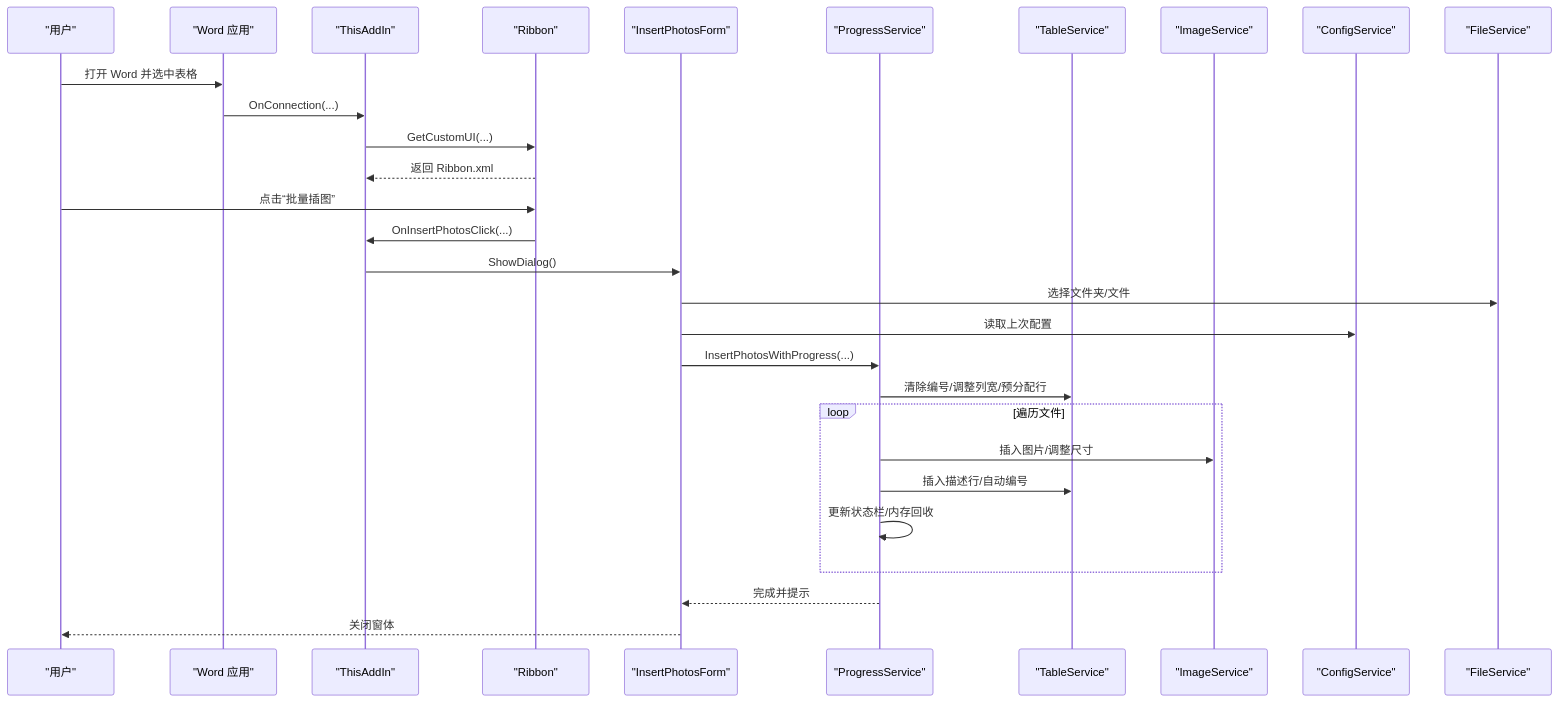
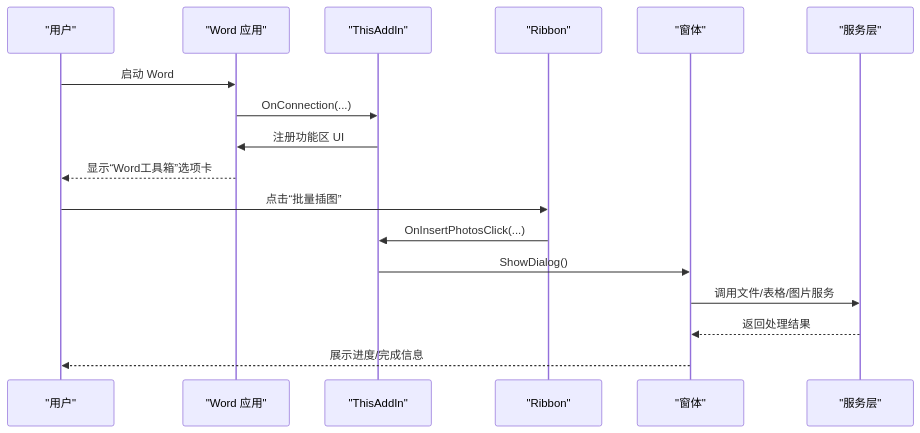
Before and after one commit to rainiva/WordTools: the second of 5 diagrams in .qoder/repowiki/zh/content/项目概述.md, drawn with Mermaid. The commit also changed other lines of this file and 63 other files, not shown here.

First line of the commit message:
全面优化：代码质量修复、自动编号重构、插图性能优化

````diff
--- a/.qoder/repowiki/zh/content/项目概述.md
+++ b/.qoder/repowiki/zh/content/项目概述.md
@@ -128,31 +132,19 @@
 ```mermaid
 sequenceDiagram
-participant U as "用户"
-participant W as "Word 应用"
-participant A as "ThisAddIn"
-participant R as "Ribbon"
-participant F as "InsertPhotosForm"
-participant P as "ProgressService"
-participant T as "TableService"
-participant I as "ImageService"
-participant C as "ConfigService"
-participant FS as "FileService"
-U->>W : 打开 Word 并选中表格
-W->>A : OnConnection(...)
-A->>R : GetCustomUI(...)
-R-->>A : 返回 Ribbon.xml
-U->>R : 点击“批量插图”
-R->>A : OnInsertPhotosClick(...)
-A->>F : ShowDialog()
-F->>FS : 选择文件夹/文件
-F->>C : 读取上次配置
-F->>P : InsertPhotosWithProgress(...)
-P->>T : 清除编号/调整列宽/预分配行
-loop 遍历文件
-P->>I : 插入图片/调整尺寸
-P->>T : 插入描述行/自动编号
-P->>P : 更新状态栏/内存回收
-end
-P-->>F : 完成并提示
-F-->>U : 关闭窗体
+participant User as "用户"
+participant Word as "Word 应用"
+participant AddIn as "ThisAddIn"
+participant Ribbon as "Ribbon"
+participant Form as "窗体"
+participant Svc as "服务层"
+User->>Word : 启动 Word
+Word->>AddIn : OnConnection(...)
+AddIn->>Word : 注册功能区 UI
+Word-->>User : 显示“Word工具箱”选项卡
+User->>Ribbon : 点击“批量插图”
+Ribbon->>AddIn : OnInsertPhotosClick(...)
+AddIn->>Form : ShowDialog()
+Form->>Svc : 调用文件/表格/图片服务
+Svc-->>Form : 返回处理结果
+Form-->>User : 展示进度/完成信息
 ```
````
